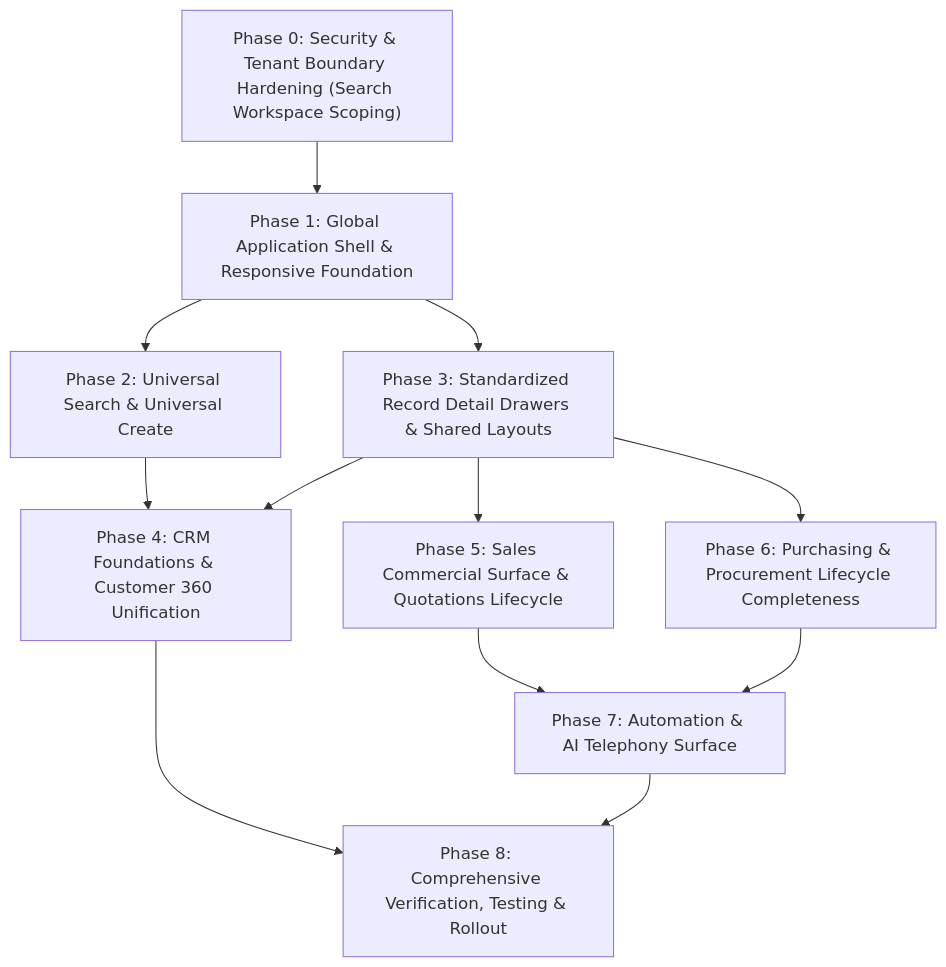
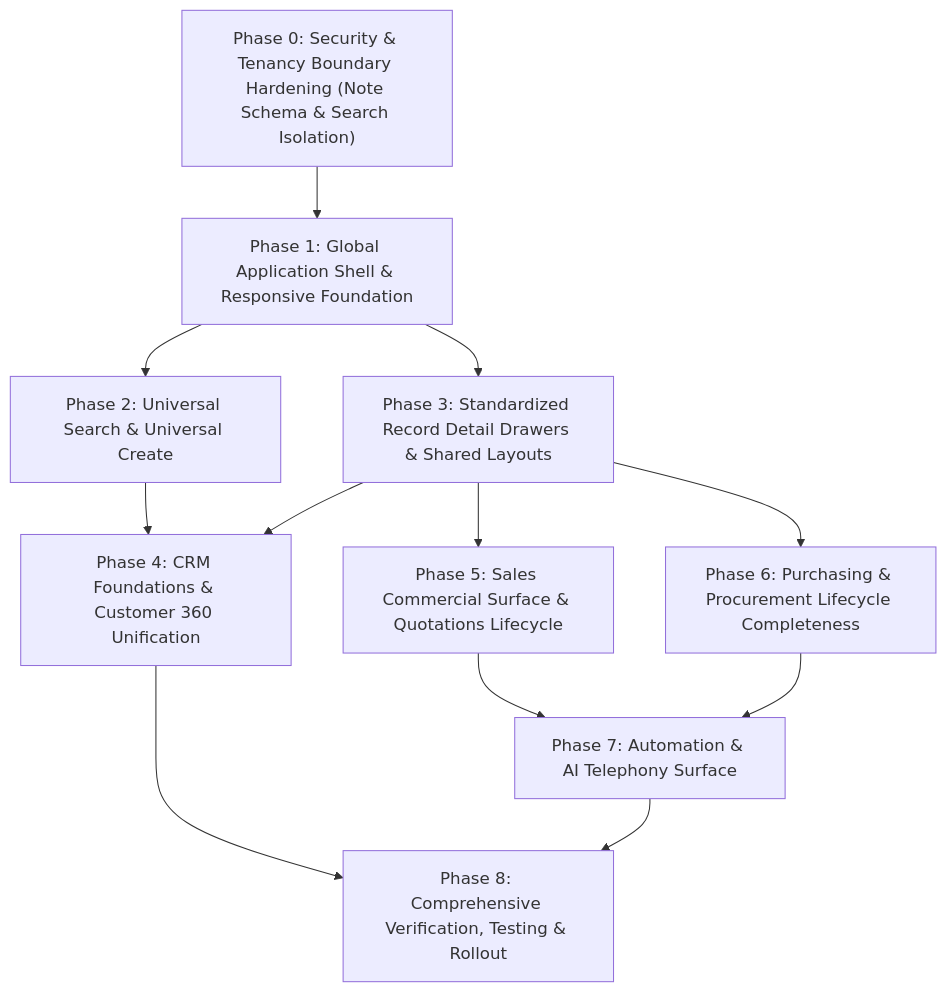
The diagram in docs/NIWA-UX-IMPLEMENTATION-PLAN.md (Easesmith-IT/NiWa-frontend), drawn with Mermaid before and after one commit. The commit also changed other lines of this file and 3 other files, not shown here.

Commit message:
docs: critical validation updates, empirical search isolation proof, pinned URLs, and lifecycle audit

````diff
--- a/docs/NIWA-UX-IMPLEMENTATION-PLAN.md
+++ b/docs/NIWA-UX-IMPLEMENTATION-PLAN.md
@@ -24,14 +25,14 @@
 ```mermaid
 flowchart TD
-    P0["Phase 0: Security & Tenant Boundary Hardening (Search Workspace Scoping)"] --> P1["Phase 1: Global Application Shell & Responsive Foundation"]
+    P0["Phase 0: Security & Tenancy Boundary Hardening (Note Schema & Search Isolation)"] --> P1["Phase 1: Global Application Shell & Responsive Foundation"]
     P1 --> P2["Phase 2: Universal Search & Universal Create"]
     P1 --> P3["Phase 3: Standardized Record Detail Drawers & Shared Layouts"]
     P3 --> P4["Phase 4: CRM Foundations & Customer 360 Unification"]
     P2 --> P4
     P3 --> P5["Phase 5: Sales Commercial Surface & Quotations Lifecycle"]
     P3 --> P6["Phase 6: Purchasing & Procurement Lifecycle Completeness"]
     P5 --> P7["Phase 7: Automation & AI Telephony Surface"]
     P6 --> P7
     P4 --> P8["Phase 8: Comprehensive Verification, Testing & Rollout"]
     P7 --> P8
 ```
````
